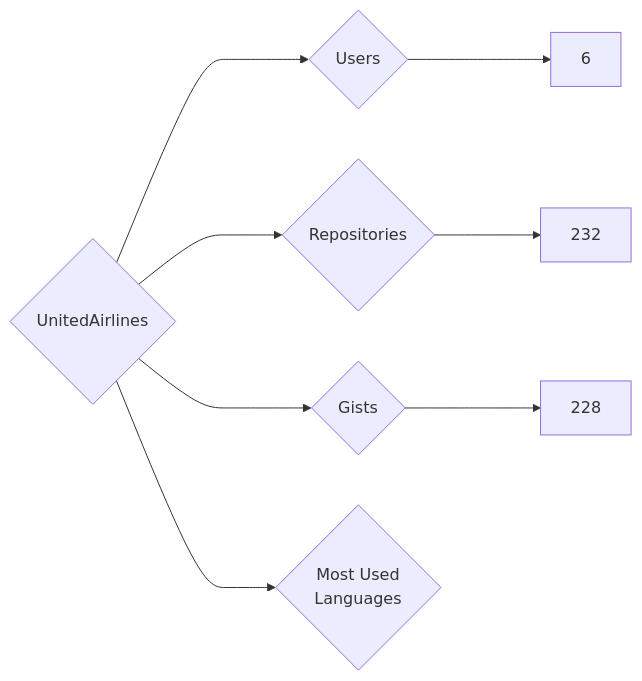
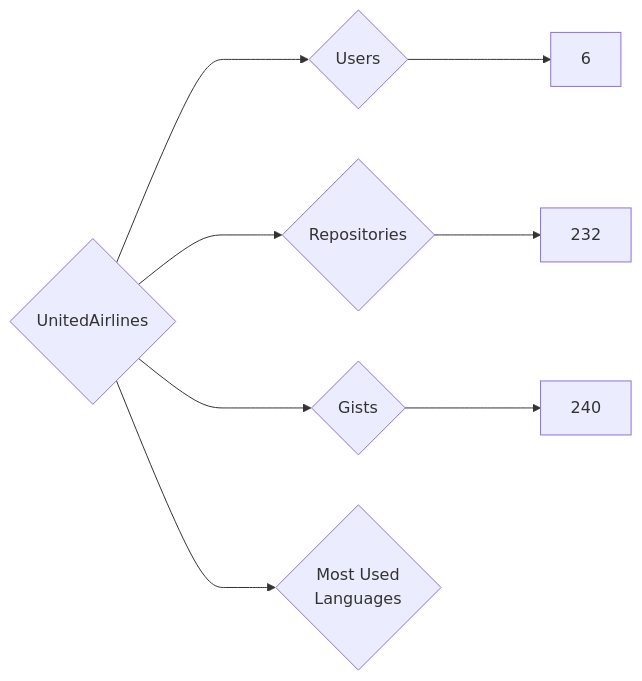
Before and after one commit to nenadzaric/insiders: the diagram in targets/UnitedAirlines/README.md, drawn with Mermaid. The commit also changed 1342 other files, not shown here.

````diff
--- a/targets/UnitedAirlines/README.md
+++ b/targets/UnitedAirlines/README.md
@@ -3,8 +3,8 @@
 ```mermaid
 graph LR
 COMPANY_NAME{UnitedAirlines}
 COMPANY_NAME ---> U{Users} ---> UN[6]
 COMPANY_NAME ---> R{Repositories} ---> RN[232]
-COMPANY_NAME ---> G{Gists} ---> GN[228]
+COMPANY_NAME ---> G{Gists} ---> GN[240]
 COMPANY_NAME ---> ML{Most Used<br>Languages}
 ```
````
